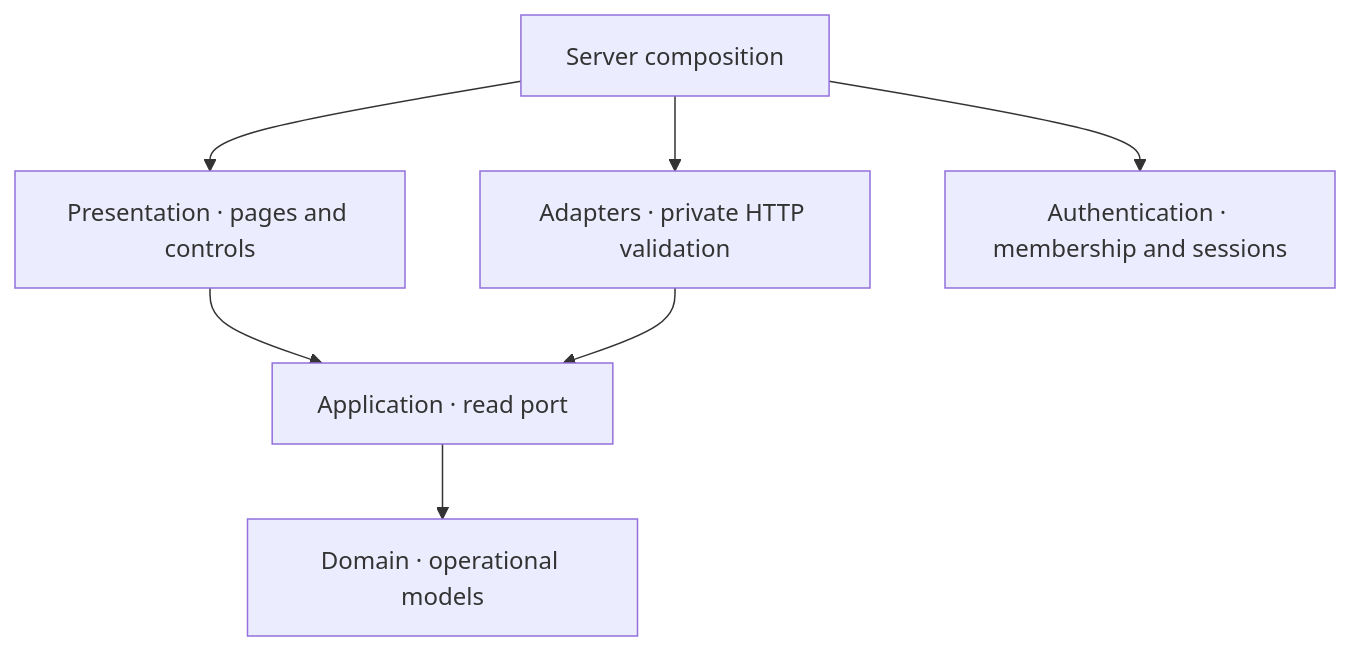
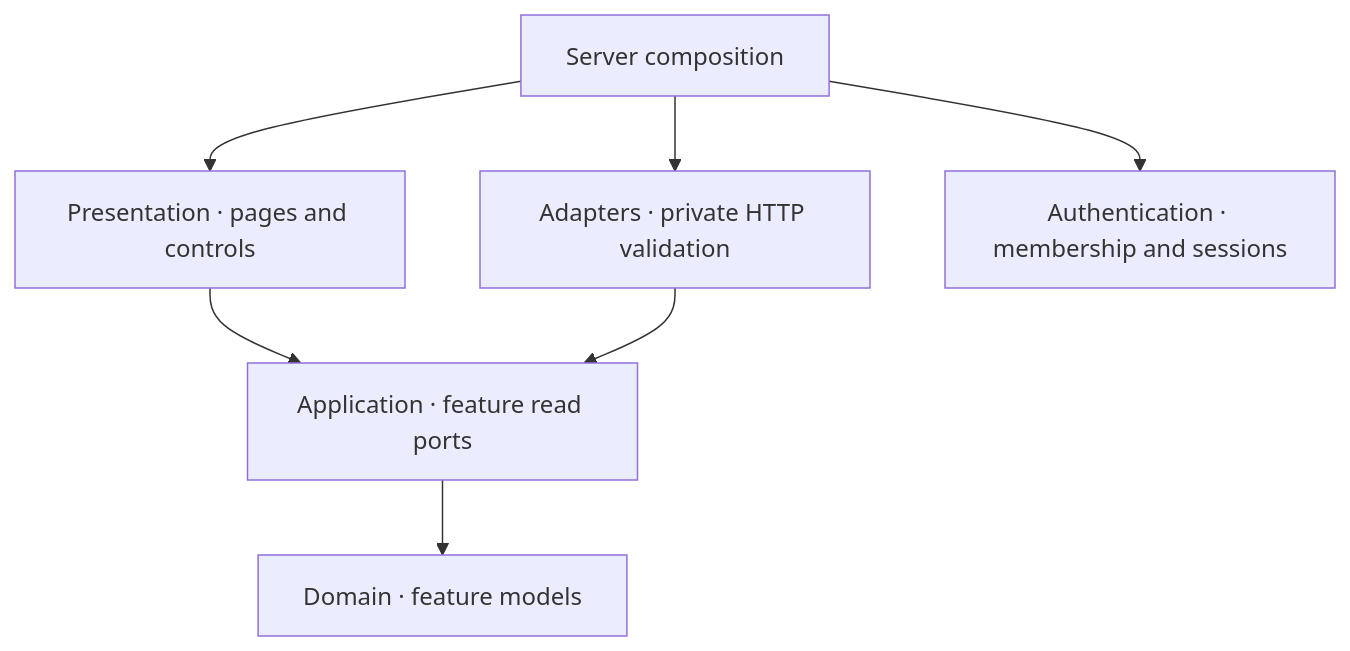
One commit to gonzalomartinperez/portfolio-assistant-backoffice changed the second of 2 diagrams in README.md. Above: the diagram before and after it, drawn with Mermaid. The commit also changed other lines of this file and 26 other files, not shown here.

````diff
--- a/README.md
+++ b/README.md
@@ -121,9 +125,9 @@
 ```mermaid
 flowchart TB
     C[Server composition] --> P[Presentation · pages and controls]
     C --> T[Adapters · private HTTP validation]
-    P --> A[Application · read port]
+    P --> A[Application · feature read ports]
     T --> A
-    A --> D[Domain · operational models]
+    A --> D[Domain · feature models]
     C --> AUTH[Authentication · membership and sessions]
 ```
````
